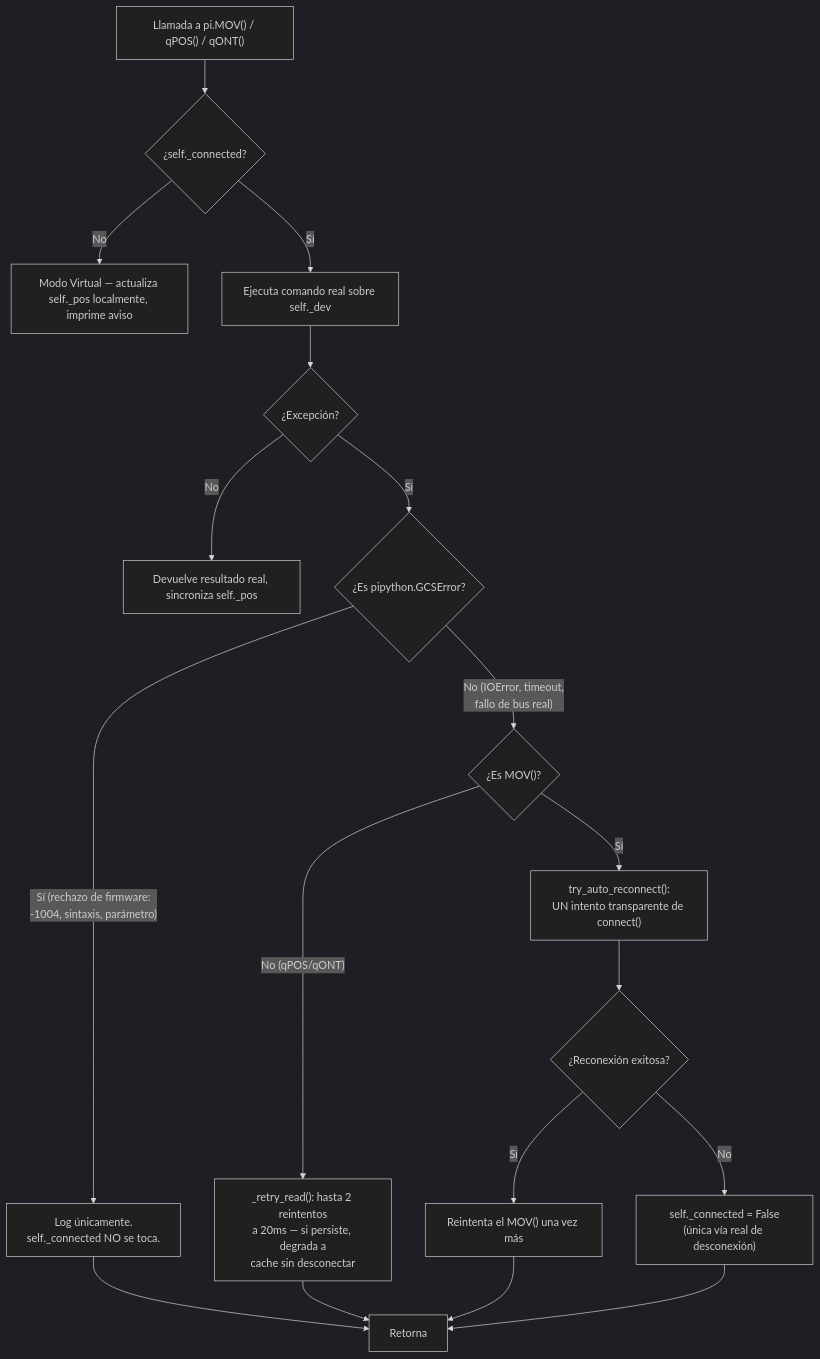
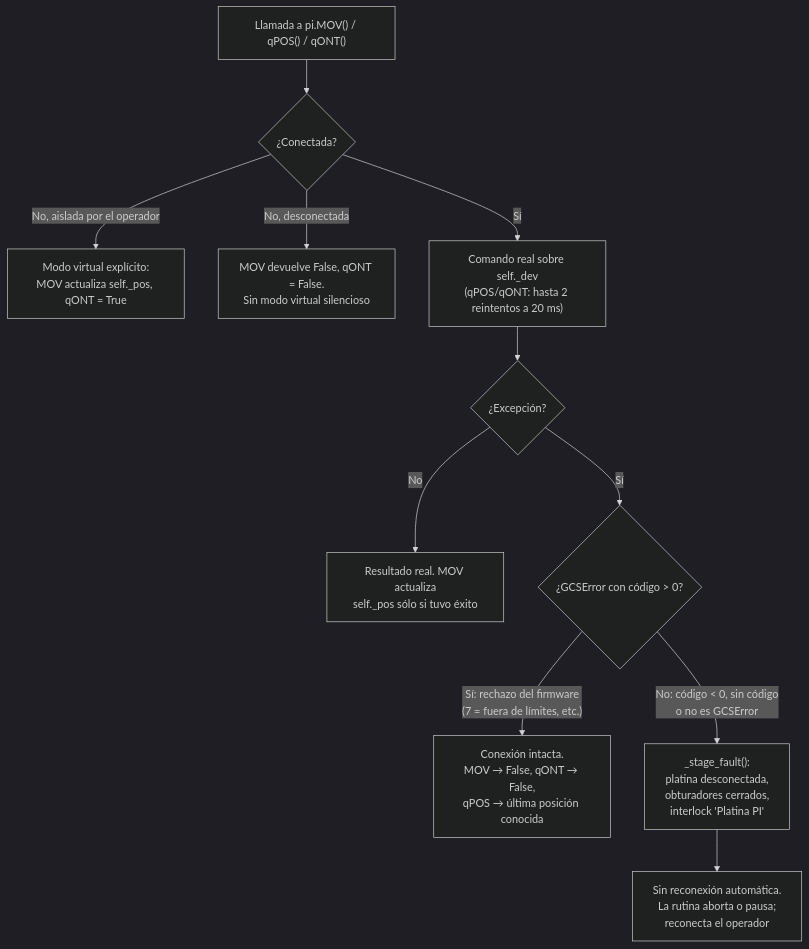
One commit to joselitog1999/pyprinting_3.0 changed the first of 2 diagrams in reportes/sistema/SYS-205_Resiliencia_Platina_PI_y_Tolerancia_Fallas.md. Above: the diagram before and after it, drawn with Mermaid (dark theme). The commit also changed other lines of this file and 201 other files, not shown here.

````diff
--- a/reportes/sistema/SYS-205_Resiliencia_Platina_PI_y_Tolerancia_Fallas.md
+++ b/reportes/sistema/SYS-205_Resiliencia_Platina_PI_y_Tolerancia_Fallas.md
@@ -95,20 +107,13 @@
 ```mermaid
 flowchart TD
-    A["Llamada a pi.MOV() / qPOS() / qONT()"] --> B{"¿self._connected?"}
-    B -- No --> Z["Modo Virtual — actualiza self._pos localmente, imprime aviso"]
-    B -- Sí --> C["Ejecuta comando real sobre self._dev"]
+    A["Llamada a pi.MOV() / qPOS() / qONT()"] --> B{"¿Conectada?"}
+    B -- "No, aislada por el operador" --> Z["Modo virtual explícito:\nMOV actualiza self._pos, qONT = True"]
+    B -- "No, desconectada" --> Y["MOV devuelve False, qONT = False.\nSin modo virtual silencioso"]
+    B -- Sí --> C["Comando real sobre self._dev\n(qPOS/qONT: hasta 2 reintentos a 20 ms)"]
     C --> D{"¿Excepción?"}
-    D -- No --> E["Devuelve resultado real, sincroniza self._pos"]
-    D -- Sí --> F{"¿Es pipython.GCSError?"}
-    F -- "Sí (rechazo de firmware:\n-1004, sintaxis, parámetro)" --> G["Log únicamente.\nself._connected NO se toca."]
-    F -- "No (IOError, timeout,\nfallo de bus real)" --> H{"¿Es MOV()?"}
-    H -- "No (qPOS/qONT)" --> I["_retry_read(): hasta 2 reintentos\na 20ms — si persiste, degrada a\ncache sin desconectar"]
-    H -- "Sí" --> J["try_auto_reconnect():\nUN intento transparente de connect()"]
-    J --> K{"¿Reconexión exitosa?"}
-    K -- Sí --> L["Reintenta el MOV() una vez más"]
-    K -- No --> M["self._connected = False\n(única vía real de desconexión)"]
-    G --> N[Retorna]
-    I --> N
-    L --> N
-    M --> N
+    D -- No --> E["Resultado real. MOV actualiza\nself._pos sólo si tuvo éxito"]
+    D -- Sí --> F{"¿GCSError con código > 0?"}
+    F -- "Sí: rechazo del firmware\n(7 = fuera de límites, etc.)" --> G["Conexión intacta.\nMOV → False, qONT → False,\nqPOS → última posición conocida"]
+    F -- "No: código < 0, sin código\no no es GCSError" --> H["_stage_fault():\nplatina desconectada,\nobturadores cerrados,\ninterlock 'Platina PI'"]
+    H --> I["Sin reconexión automática.\nLa rutina aborta o pausa;\nreconecta el operador"]
 ```
````
